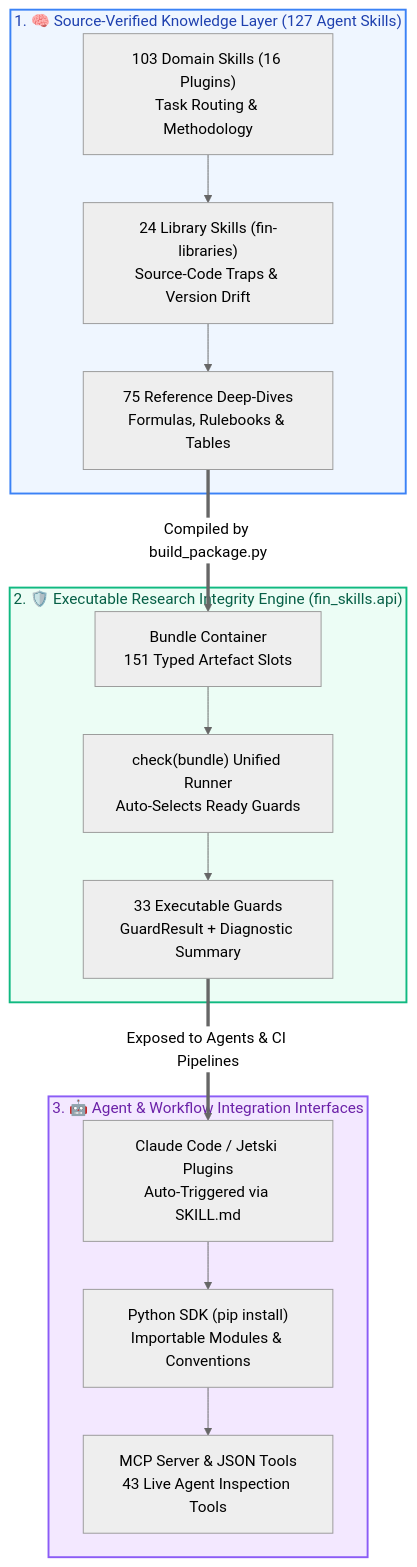
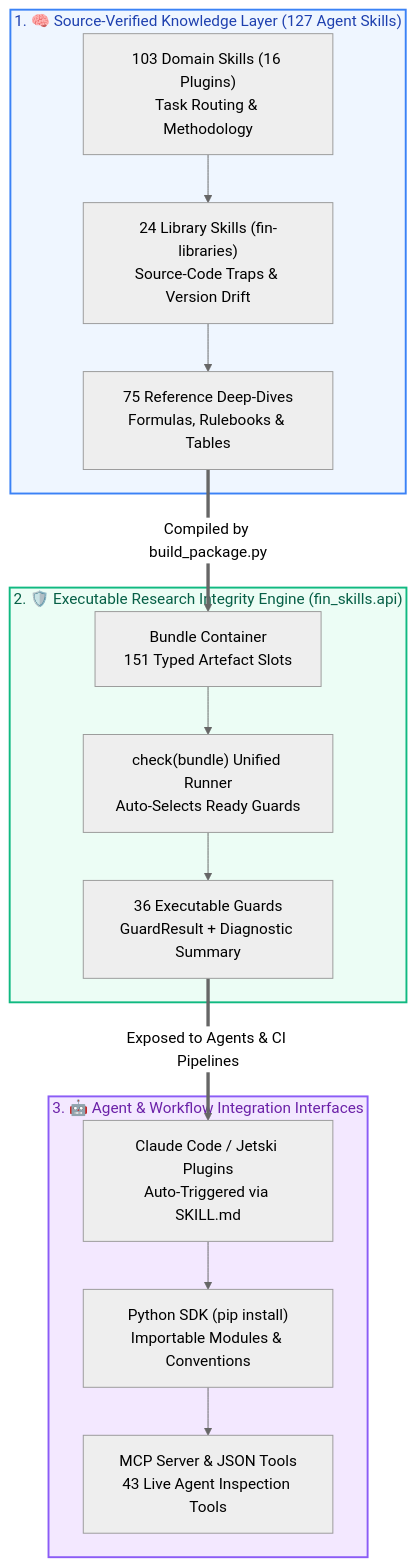
One commit to howard-lynn-ye/fin-skills changed the diagram in README.md. Above: the diagram before and after it, drawn with Mermaid (neutral theme). The commit also changed other lines of this file and 19 other files, not shown here.

````diff
--- a/README.md
+++ b/README.md
@@ -40,21 +40,21 @@
 ```mermaid
 flowchart TD
     subgraph TIER1 ["1. 🧠 Source-Verified Knowledge Layer (127 Agent Skills)"]
         D1["103 Domain Skills (16 Plugins)<br/>Task Routing & Methodology"] --> D2["24 Library Skills (fin-libraries)<br/>Source-Code Traps & Version Drift"] --> D3["75 Reference Deep-Dives<br/>Formulas, Rulebooks & Tables"]
     end
 
     subgraph TIER2 ["2. 🛡️ Executable Research Integrity Engine (fin_skills.api)"]
-        E1["Bundle Container<br/>151 Typed Artefact Slots"] --> E2["check(bundle) Unified Runner<br/>Auto-Selects Ready Guards"] --> E3["33 Executable Guards<br/>GuardResult + Diagnostic Summary"]
+        E1["Bundle Container<br/>151 Typed Artefact Slots"] --> E2["check(bundle) Unified Runner<br/>Auto-Selects Ready Guards"] --> E3["36 Executable Guards<br/>GuardResult + Diagnostic Summary"]
     end
 
     subgraph TIER3 ["3. 🤖 Agent & Workflow Integration Interfaces"]
         I1["Claude Code / Jetski Plugins<br/>Auto-Triggered via SKILL.md"] --> I2["Python SDK (pip install)<br/>Importable Modules & Conventions"] --> I3["MCP Server & JSON Tools<br/>43 Live Agent Inspection Tools"]
     end
 
     D3 ==>|Compiled by build_package.py| E1
     E3 ==>|Exposed to Agents & CI Pipelines| I1
 
     style TIER1 fill:#eff6ff,stroke:#3b82f6,stroke-width:2px,color:#1e40af
     style TIER2 fill:#ecfdf5,stroke:#10b981,stroke-width:2px,color:#065f46
     style TIER3 fill:#f3e8ff,stroke:#8b5cf6,stroke-width:2px,color:#6b21a8
 ```
````
